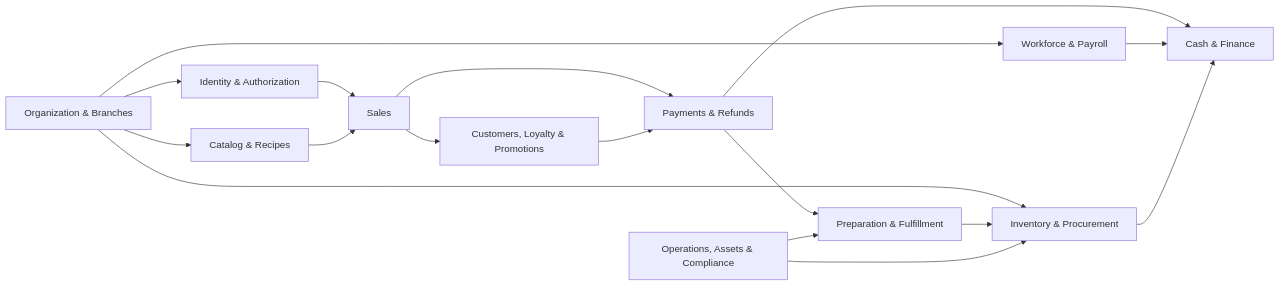
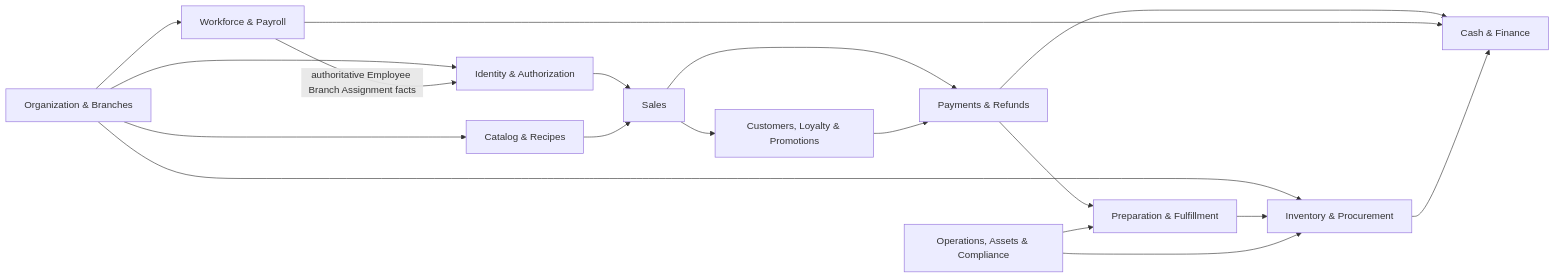
One commit to dtvip195/after_four changed the first of 2 diagrams in docs/architecture/after_four_business_domain_model.md. Above: the diagram before and after it, drawn with Mermaid. The commit also changed other lines of this file and 11 other files, not shown here.

Commit message:
docs(architecture): align workforce context ownership

````diff
--- a/docs/architecture/after_four_business_domain_model.md
+++ b/docs/architecture/after_four_business_domain_model.md
@@ -111,19 +111,20 @@
 ```mermaid
 flowchart LR
   ORG[Organization & Branches] --> IAM[Identity & Authorization]
   ORG --> HR[Workforce & Payroll]
+  HR -->|authoritative Employee Branch Assignment facts| IAM
   ORG --> CAT[Catalog & Recipes]
   ORG --> INV[Inventory & Procurement]
   IAM --> SALES[Sales]
   CAT --> SALES
   SALES --> BILL[Payments & Refunds]
   BILL --> PREP[Preparation & Fulfillment]
   PREP --> INV
   BILL --> CASH[Cash & Finance]
   SALES --> CRM[Customers, Loyalty & Promotions]
   CRM --> BILL
   HR --> CASH
   INV --> CASH
   OPS[Operations, Assets & Compliance] --> PREP
   OPS --> INV
 ```
````
